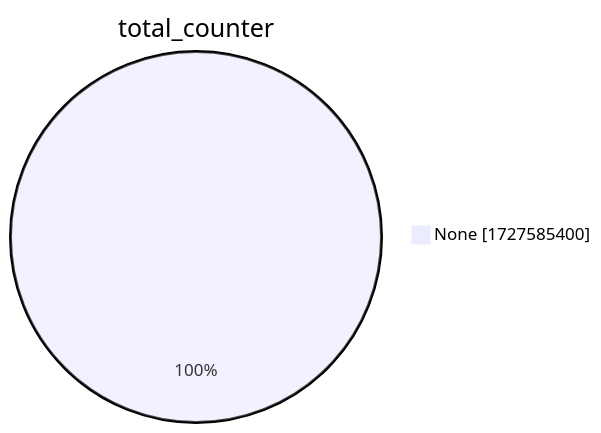
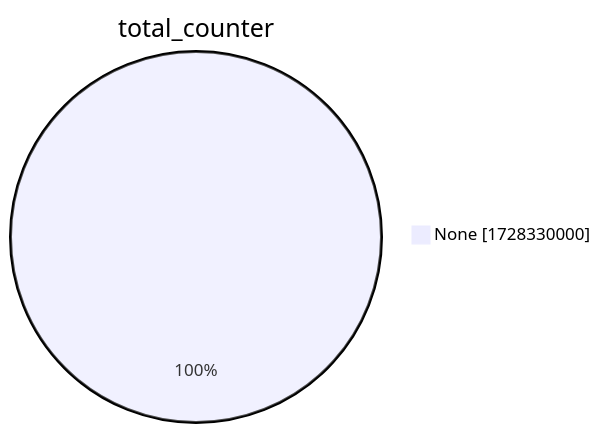
The second of 15 diagrams in xenon2022/README.md (christiankrug/ctmonitor_visualization), drawn with Mermaid before and after one commit. The commit also changed other lines of this file, not shown here.

````diff
--- a/xenon2022/README.md
+++ b/xenon2022/README.md
@@ -9,5 +9,5 @@
 ```mermaid
 pie showData
 title total_counter
-"None" :1727585400
+"None" :1728330000
 ```
````
